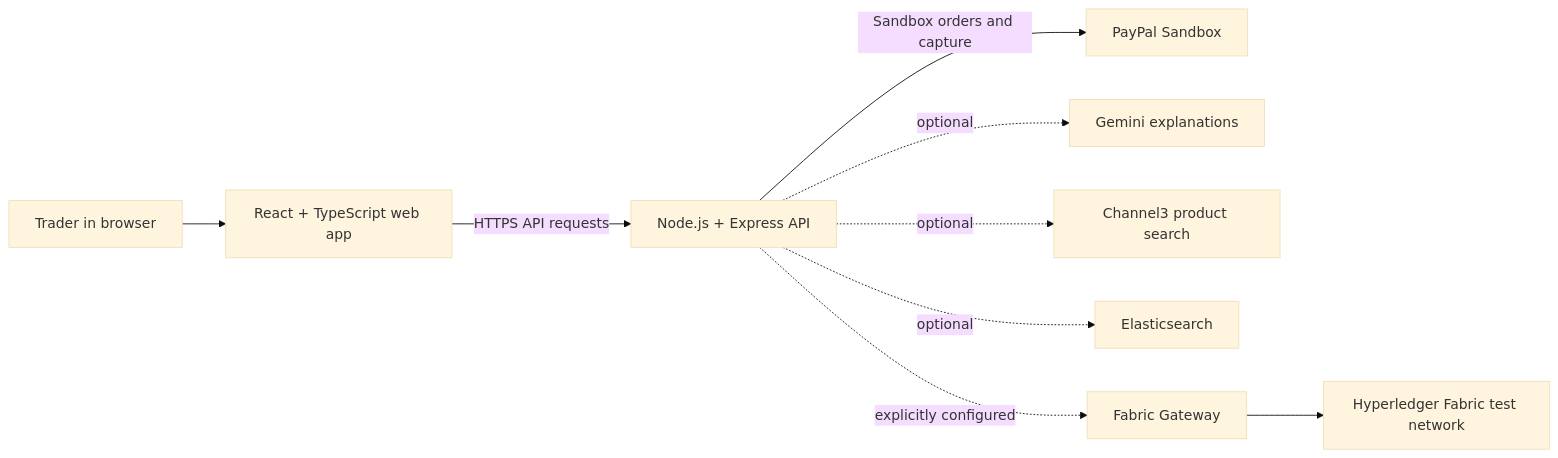
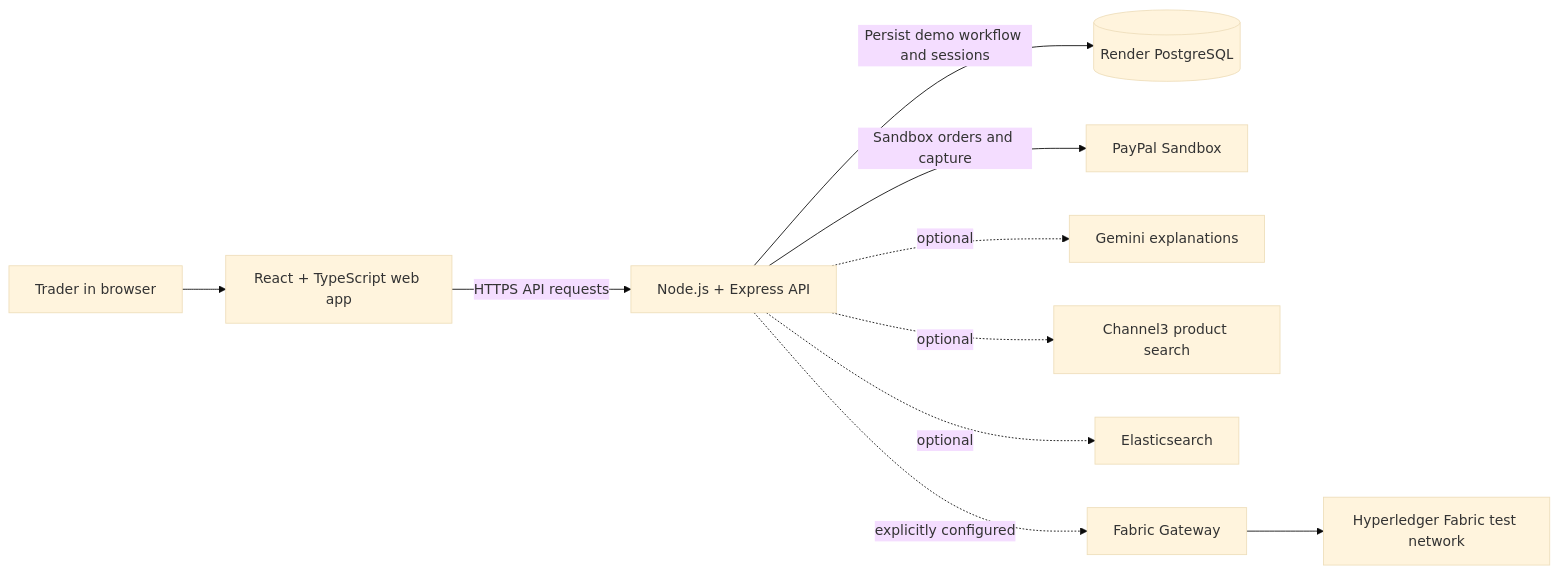
One commit to iykyk-vedant/Paypal-Hackathon changed the diagram in README.md. Above: the diagram before and after it, drawn with Mermaid (base theme). The commit also changed other lines of this file and 3 other files, not shown here.

First line of the commit message:
docs(deploy): document PostgreSQL storage, role passwords, and Render blueprint env

````diff
--- a/README.md
+++ b/README.md
@@ -24,11 +24,12 @@
 ```mermaid
 flowchart LR
     U[Trader in browser] --> W[React + TypeScript web app]
     W -->|HTTPS API requests| A[Node.js + Express API]
+    A -->|Persist demo workflow and sessions| D[(Render PostgreSQL)]
     A -->|Sandbox orders and capture| P[PayPal Sandbox]
     A -. optional .-> G[Gemini explanations]
     A -. optional .-> C[Channel3 product search]
     A -. optional .-> E[Elasticsearch]
     A -. explicitly configured .-> F[Fabric Gateway]
     F --> H[Hyperledger Fabric test network]
 ```
````
